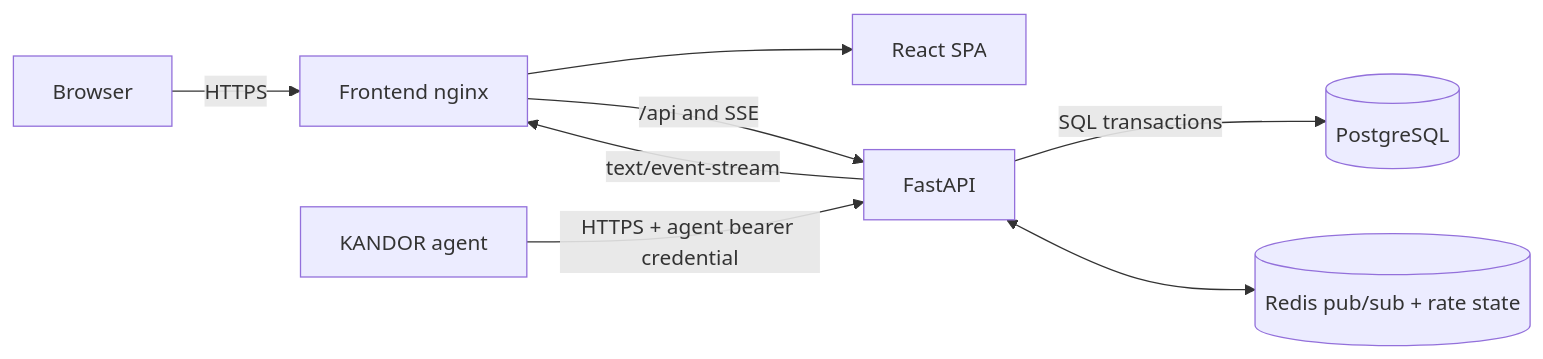
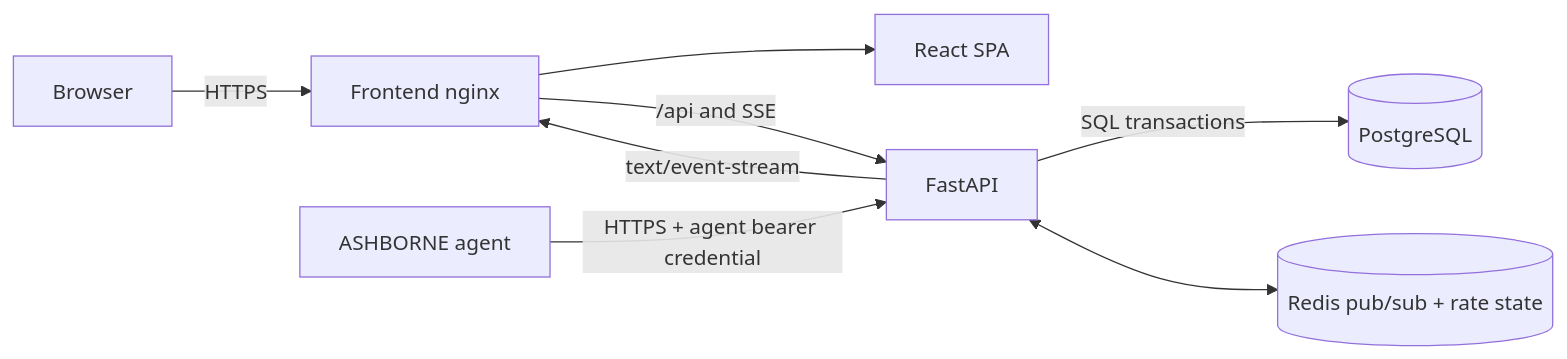
One commit to smokericeash/ashborne changed the second of 6 diagrams in docs/ARCHITECTURE.md. Above: the diagram before and after it, drawn with Mermaid. The commit also changed other lines of this file and 104 other files, not shown here.

````diff
--- a/docs/ARCHITECTURE.md
+++ b/docs/ARCHITECTURE.md
@@ -21,10 +21,10 @@
 ```mermaid
 flowchart LR
     Browser[Browser] -->|HTTPS| Proxy[Frontend nginx]
     Proxy --> SPA[React SPA]
     Proxy -->|/api and SSE| API[FastAPI]
-    Agent[KANDOR agent] -->|HTTPS + agent bearer credential| API
+    Agent[ASHBORNE agent] -->|HTTPS + agent bearer credential| API
     API -->|SQL transactions| PG[(PostgreSQL)]
     API <--> Redis[(Redis pub/sub + rate state)]
     API -->|text/event-stream| Proxy
 ```
````
